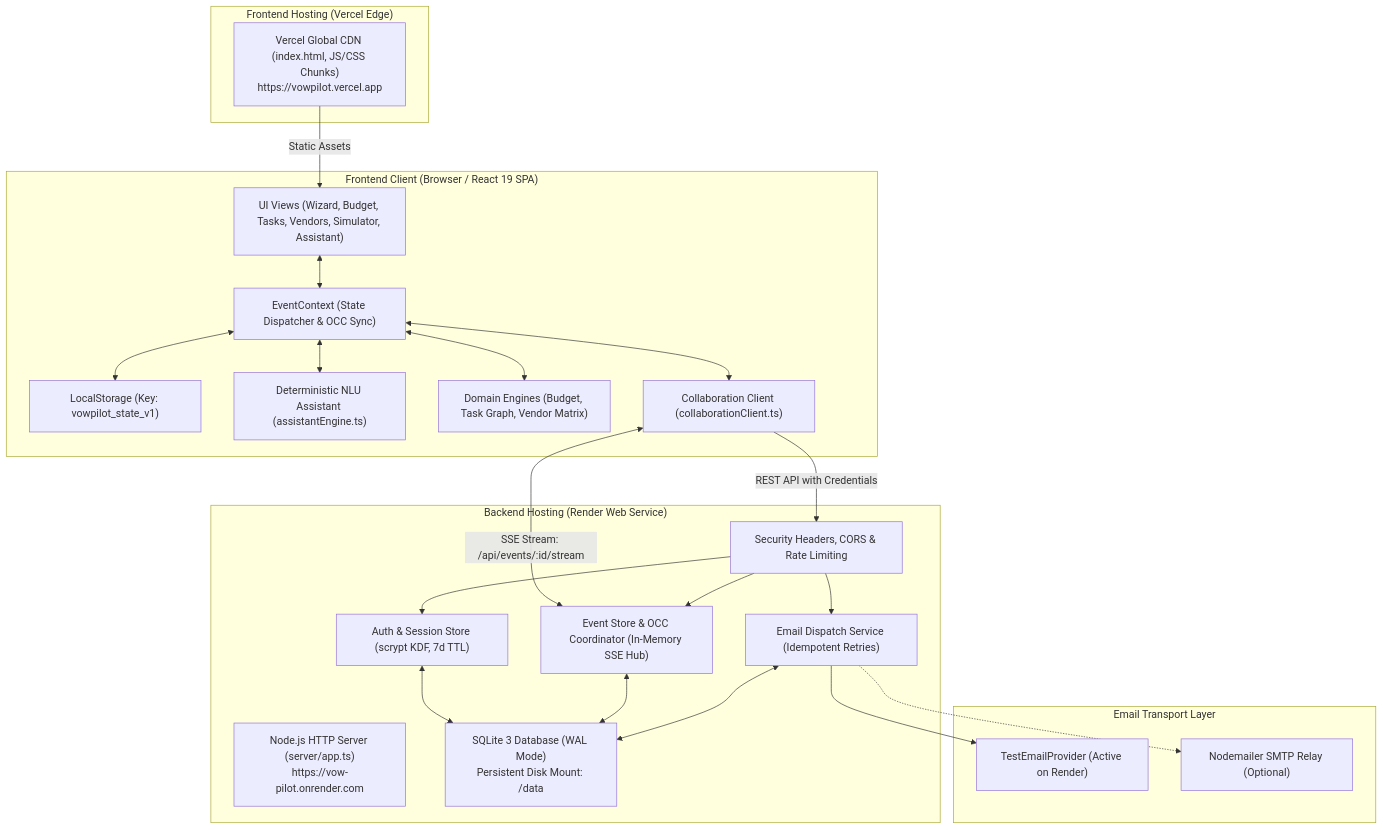
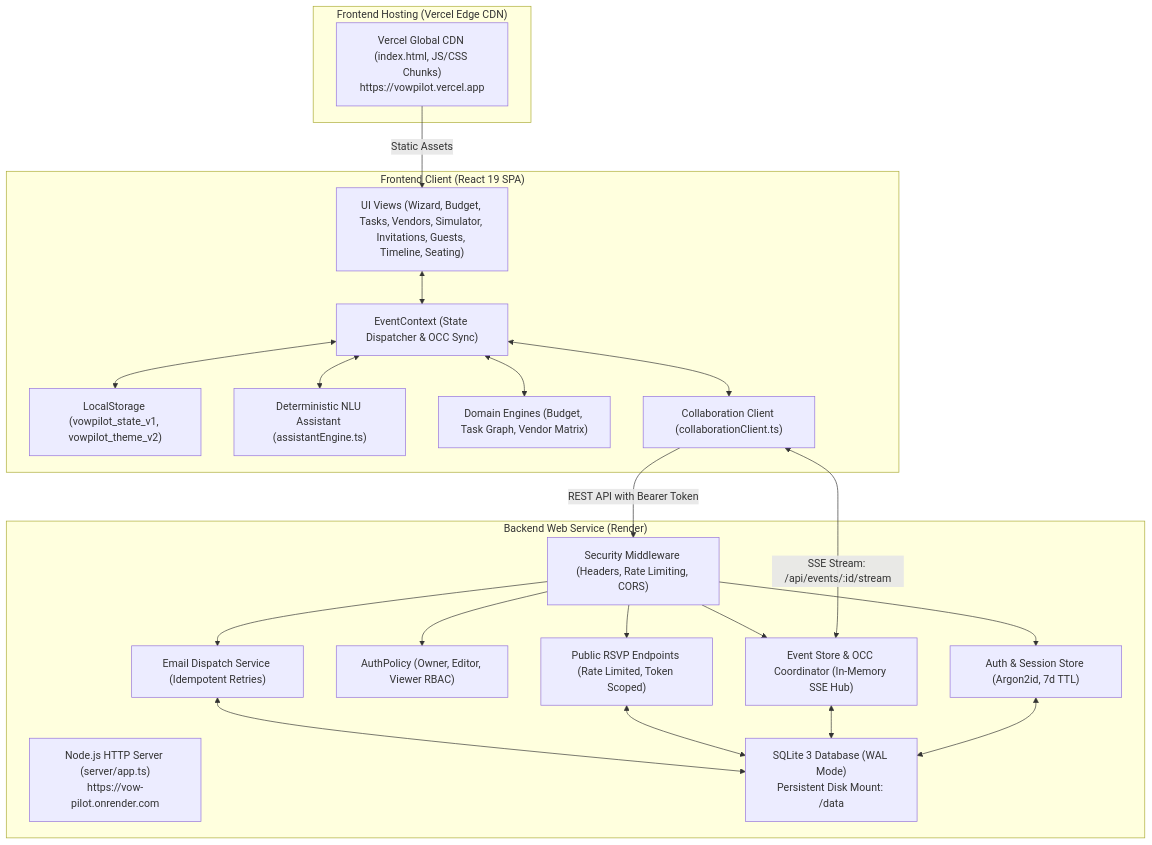
Before and after one commit to agnidiptasarkar123-dev/Vow-Pilot: the diagram in README.md, drawn with Mermaid. The commit also changed other lines of this file and 13 other files, not shown here.

````diff
--- a/README.md
+++ b/README.md
@@ -155,50 +80,47 @@
 ```mermaid
 flowchart TD
-    subgraph Client ["Frontend Client (Browser / React 19 SPA)"]
-        UI["UI Views (Wizard, Budget, Tasks, Vendors, Simulator, Assistant)"]
-        Context["EventContext (State Dispatcher & OCC Sync)"]
-        LocalStorage["LocalStorage (Key: vowpilot_state_v1)"]
+    subgraph BrowserClient ["Frontend Client (React 19 SPA)"]
+        UI["UI Views (Wizard, Budget, Tasks, Vendors, Simulator, Invitations, Guests, Timeline, Seating)"]
+        EventCtx["EventContext (State Dispatcher & OCC Sync)"]
+        LocalStore["LocalStorage (vowpilot_state_v1, vowpilot_theme_v2)"]
         NLU["Deterministic NLU Assistant (assistantEngine.ts)"]
-        Domain["Domain Engines (Budget, Task Graph, Vendor Matrix)"]
-        CollabClient["Collaboration Client (collaborationClient.ts)"]
+        DomainEngines["Domain Engines (Budget, Task Graph, Vendor Matrix)"]
+        CollabSvc["Collaboration Client (collaborationClient.ts)"]
     end
 
-    subgraph HostingFrontend ["Frontend Hosting (Vercel Edge)"]
+    subgraph EdgeFrontend ["Frontend Hosting (Vercel Edge CDN)"]
         VercelCDN["Vercel Global CDN (index.html, JS/CSS Chunks)\nhttps://vowpilot.vercel.app"]
     end
 
-    subgraph HostingBackend ["Backend Hosting (Render Web Service)"]
+    subgraph CloudBackend ["Backend Web Service (Render)"]
         HttpServer["Node.js HTTP Server (server/app.ts)\nhttps://vow-pilot.onrender.com"]
-        SecurityMW["Security Headers, CORS & Rate Limiting"]
-        AuthStore["Auth & Session Store (scrypt KDF, 7d TTL)"]
+        SecurityMW["Security Middleware (Headers, Rate Limiting, CORS)"]
+        AuthModule["Auth & Session Store (Argon2id, 7d TTL)"]
+        RBAC["AuthPolicy (Owner, Editor, Viewer RBAC)"]
         EventHub["Event Store & OCC Coordinator (In-Memory SSE Hub)"]
+        PublicRsvp["Public RSVP Endpoints (Rate Limited, Token Scoped)"]
         EmailService["Email Dispatch Service (Idempotent Retries)"]
         SQLiteDB["SQLite 3 Database (WAL Mode)\nPersistent Disk Mount: /data"]
     end
 
-    subgraph OutboundEmail ["Email Transport Layer"]
-        TestProvider["TestEmailProvider (Active on Render)"]
-        SMTPProvider["Nodemailer SMTP Relay (Optional)"]
-    end
+    VercelCDN -->|Static Assets| UI
+    UI <--> EventCtx
+    EventCtx <--> DomainEngines
+    EventCtx <--> NLU
+    EventCtx <--> LocalStore
+    EventCtx <--> CollabSvc
 
-    VercelCDN -->|Static Assets| UI
-    UI <--> Context
-    Context <--> Domain
-    Context <--> NLU
-    Context <--> LocalStorage
-    Context <--> CollabClient
+    CollabSvc -->|REST API with Bearer Token| SecurityMW
+    CollabSvc <-->|SSE Stream: /api/events/:id/stream| EventHub
 
-    CollabClient -->|REST API with Credentials| SecurityMW
-    CollabClient <-->|SSE Stream: /api/events/:id/stream| EventHub
-
-    SecurityMW --> AuthStore
+    SecurityMW --> AuthModule
+    SecurityMW --> RBAC
     SecurityMW --> EventHub
+    SecurityMW --> PublicRsvp
     SecurityMW --> EmailService
 
-    AuthStore <--> SQLiteDB
+    AuthModule <--> SQLiteDB
     EventHub <--> SQLiteDB
+    PublicRsvp <--> SQLiteDB
     EmailService <--> SQLiteDB
-
-    EmailService --> TestProvider
-    EmailService -.-> SMTPProvider
 ```
````
